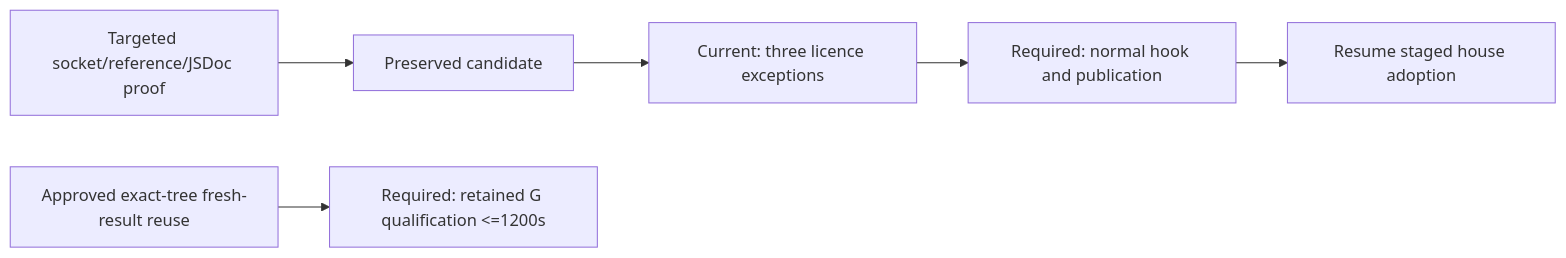
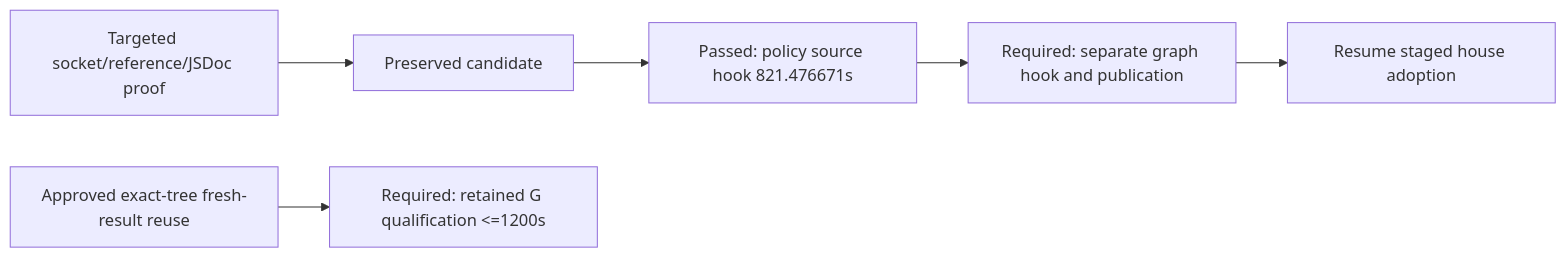
Before and after one commit to Resnovas/Eventiva: the first of 51 diagrams in docs/planning/timeline.md, drawn with Mermaid. The commit also changed other lines of this file and 1 other file, not shown here.

First line of the commit message:
chore(graphify): refresh licence prerequisite graph and evidence

````diff
--- a/docs/planning/timeline.md
+++ b/docs/planning/timeline.md
@@ -18,8 +19,8 @@
 ```mermaid
 flowchart LR
     Probe["Targeted socket/reference/JSDoc proof"] --> Preserve["Preserved candidate"]
-    Preserve --> Policy["Current: three licence exceptions"]
-    Policy --> Hook["Required: normal hook and publication"]
+    Preserve --> Policy["Passed: policy source hook 821.476671s"]
+    Policy --> Hook["Required: separate graph hook and publication"]
     Hook --> Adoption["Resume staged house adoption"]
     Reuse["Approved exact-tree fresh-result reuse"] --> G["Required: retained G qualification <=1200s"]
 ```
````
